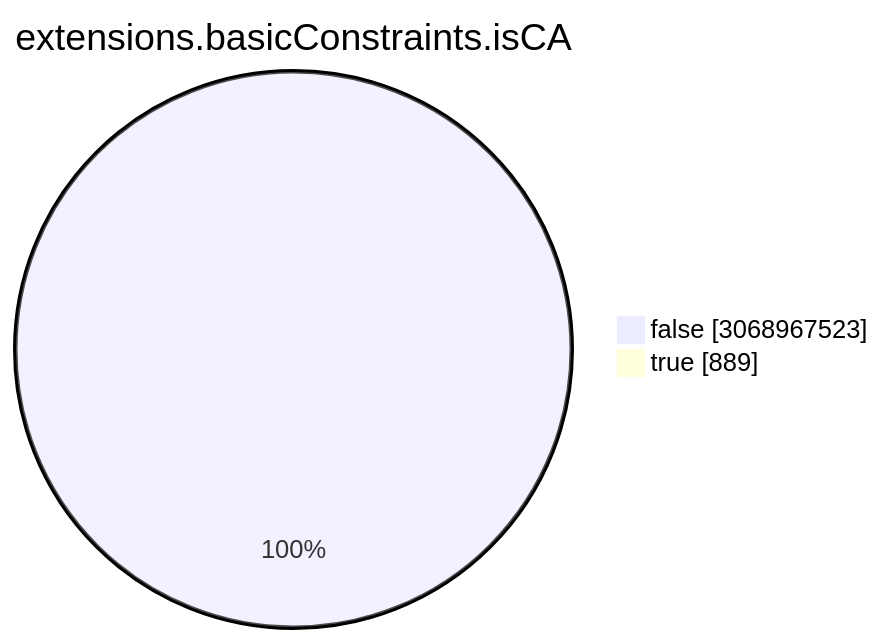
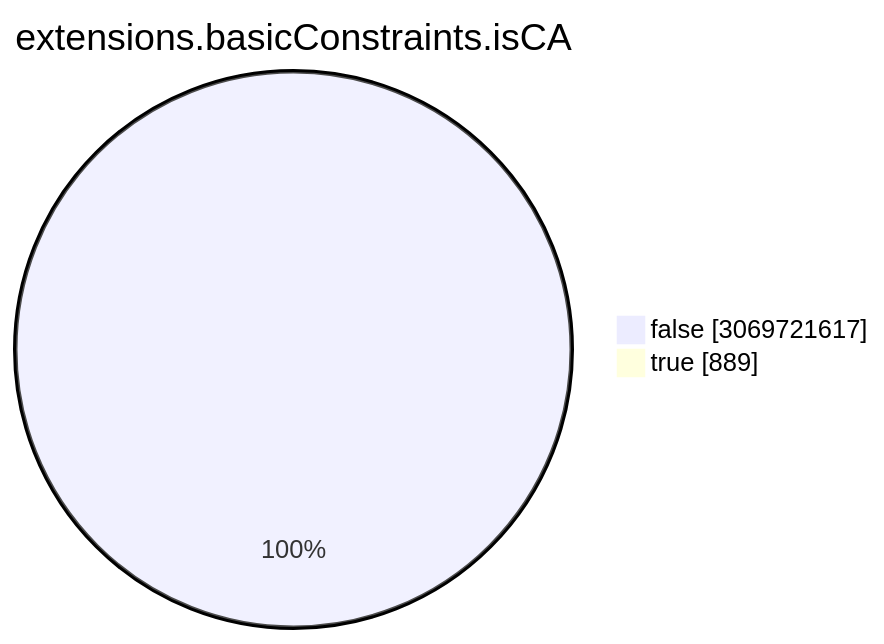
One commit to christiankrug/ctmonitor_visualization changed the seventh of 15 diagrams in TOTAL/README.md. Above: the diagram before and after it, drawn with Mermaid. The commit also changed other lines of this file, not shown here.

````diff
--- a/TOTAL/README.md
+++ b/TOTAL/README.md
@@ -3086,6 +3086,6 @@
 ```mermaid
 pie showData
 title extensions.basicConstraints.isCA
-"false" :3068967523
+"false" :3069721617
 "true" :889
 ```
````
